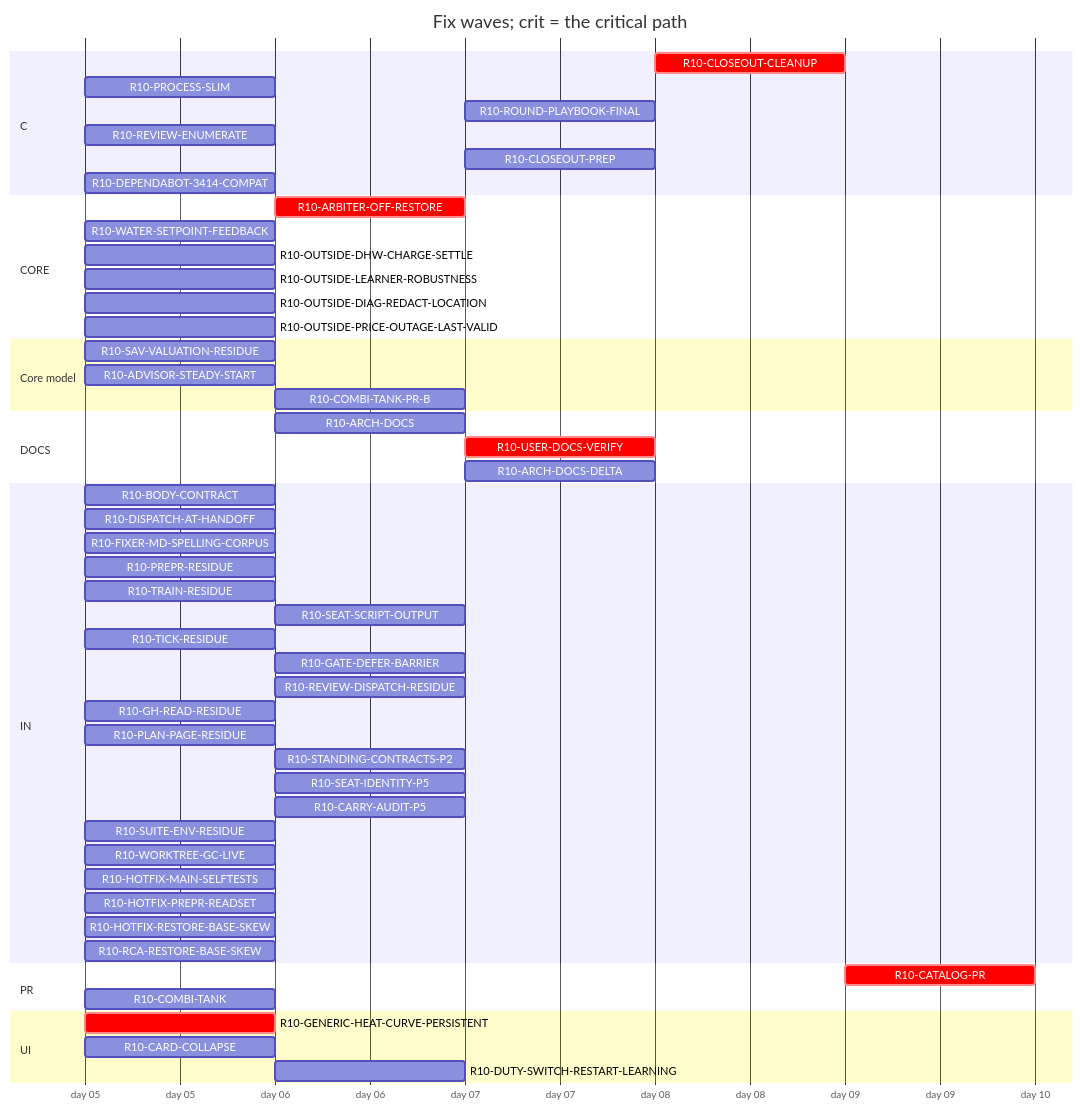
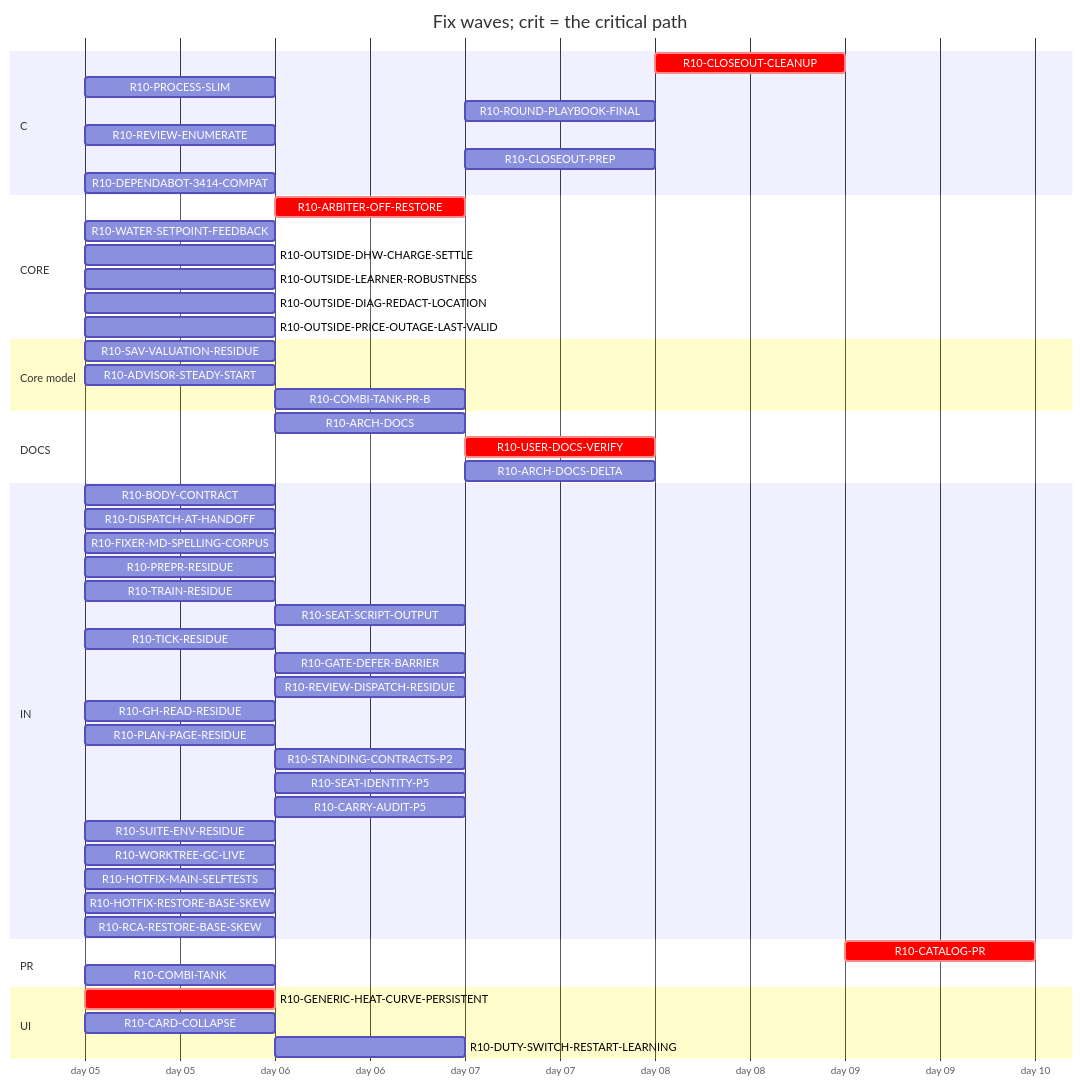
Before and after one commit to tvofi/heatpump_optimizer: the diagram in handoff/round10/state/PLAN-TABLE.md, drawn with Mermaid. The commit also changed other lines of this file and 3 other files, not shown here.

Commit message:
state: FLOW-BOARD.md, NEXT-SESSION-PROMPT.md, PLAN-TABLE.md, RESUME-CURRENT.md regenerated (state_docs.py)

````diff
--- a/handoff/round10/state/PLAN-TABLE.md
+++ b/handoff/round10/state/PLAN-TABLE.md
@@ -20,56 +20,55 @@
 ```mermaid
 gantt
   title Fix waves; crit = the critical path
   dateFormat YYYY-MM-DD
   axisFormat day %d
   section C
     R10-CLOSEOUT-CLEANUP :crit, r10CLOSEOUTCLEANUP, after r10ARCHDOCS r10USERDOCSVERIFY r10ROUNDPLAYBOOKFINAL r10CLOSEOUTPREP r10ARCHDOCSDELTA, 1d
     R10-PROCESS-SLIM :r10PROCESSSLIM, 2026-01-05, 1d
     R10-ROUND-PLAYBOOK-FINAL :r10ROUNDPLAYBOOKFINAL, after r10DISPATCHATHANDOFF r10BODYCONTRACT r10PROCESSSLIM r10FIXERMDSPELLINGCORPUS r10PREPRRESIDUE r10SEATSCRIPTOUTPUT r10REVIEWDISPATCHRESIDUE r10CARRYAUDITP5 r10TICKRESIDUE r10SEATIDENTITYP5 r10STANDINGCONTRACTSP2 r10PLANPAGERESIDUE r10TRAINRESIDUE r10GHREADRESIDUE r10SUITEENVRESIDUE r10GATEDEFERBARRIER r10WORKTREEGCLIVE, 1d
     R10-REVIEW-ENUMERATE :r10REVIEWENUMERATE, 2026-01-05, 1d
     R10-CLOSEOUT-PREP :r10CLOSEOUTPREP, after r10ARCHDOCS r10DISPATCHATHANDOFF r10BODYCONTRACT r10PROCESSSLIM r10FIXERMDSPELLINGCORPUS r10PREPRRESIDUE r10SEATSCRIPTOUTPUT r10REVIEWDISPATCHRESIDUE r10CARRYAUDITP5 r10TICKRESIDUE r10SEATIDENTITYP5 r10STANDINGCONTRACTSP2 r10PLANPAGERESIDUE r10TRAINRESIDUE r10GHREADRESIDUE r10SUITEENVRESIDUE r10GATEDEFERBARRIER r10WORKTREEGCLIVE, 1d
     R10-DEPENDABOT-3414-COMPAT :r10DEPENDABOT3414COMPAT, 2026-01-05, 1d
   section CORE
     R10-ARBITER-OFF-RESTORE :crit, r10ARBITEROFFRESTORE, after r10GENERICHEATCURVEPERSISTENT r10WATERSETPOINTFEEDBACK, 1d
     R10-WATER-SETPOINT-FEEDBACK :r10WATERSETPOINTFEEDBACK, 2026-01-05, 1d
     R10-OUTSIDE-DHW-CHARGE-SETTLE :r10OUTSIDEDHWCHARGESETTLE, 2026-01-05, 1d
     R10-OUTSIDE-LEARNER-ROBUSTNESS :r10OUTSIDELEARNERROBUSTNESS, 2026-01-05, 1d
     R10-OUTSIDE-DIAG-REDACT-LOCATION :r10OUTSIDEDIAGREDACTLOCATION, 2026-01-05, 1d
     R10-OUTSIDE-PRICE-OUTAGE-LAST-VALID :r10OUTSIDEPRICEOUTAGELASTVALID, 2026-01-05, 1d
   section Core model
     R10-SAV-VALUATION-RESIDUE :r10SAVVALUATIONRESIDUE, 2026-01-05, 1d
     R10-ADVISOR-STEADY-START :r10ADVISORSTEADYSTART, 2026-01-05, 1d
     R10-COMBI-TANK-PR-B :r10COMBITANKPRB, after r10COMBITANK, 1d
   section DOCS
     R10-ARCH-DOCS :r10ARCHDOCS, after r10DISPATCHATHANDOFF r10BODYCONTRACT r10PROCESSSLIM, 1d
     R10-USER-DOCS-VERIFY :crit, r10USERDOCSVERIFY, after r10GENERICHEATCURVEPERSISTENT r10ARBITEROFFRESTORE r10COMBITANK, 1d
     R10-ARCH-DOCS-DELTA :r10ARCHDOCSDELTA, after r10ARCHDOCS r10GENERICHEATCURVEPERSISTENT r10ARBITEROFFRESTORE r10COMBITANK r10SAVVALUATIONRESIDUE r10ADVISORSTEADYSTART r10COMBITANKPRB, 1d
   section IN
     R10-BODY-CONTRACT :r10BODYCONTRACT, 2026-01-05, 1d
     R10-DISPATCH-AT-HANDOFF :r10DISPATCHATHANDOFF, 2026-01-05, 1d
     R10-FIXER-MD-SPELLING-CORPUS :r10FIXERMDSPELLINGCORPUS, 2026-01-05, 1d
     R10-PREPR-RESIDUE :r10PREPRRESIDUE, 2026-01-05, 1d
     R10-TRAIN-RESIDUE :r10TRAINRESIDUE, 2026-01-05, 1d
     R10-SEAT-SCRIPT-OUTPUT :r10SEATSCRIPTOUTPUT, after r10TRAINRESIDUE, 1d
     R10-TICK-RESIDUE :r10TICKRESIDUE, 2026-01-05, 1d
     R10-GATE-DEFER-BARRIER :r10GATEDEFERBARRIER, after r10TRAINRESIDUE r10TICKRESIDUE, 1d
     R10-REVIEW-DISPATCH-RESIDUE :r10REVIEWDISPATCHRESIDUE, after r10DISPATCHATHANDOFF r10REVIEWENUMERATE r10PROCESSSLIM, 1d
     R10-GH-READ-RESIDUE :r10GHREADRESIDUE, 2026-01-05, 1d
     R10-PLAN-PAGE-RESIDUE :r10PLANPAGERESIDUE, 2026-01-05, 1d
     R10-STANDING-CONTRACTS-P2 :r10STANDINGCONTRACTSP2, after r10FIXERMDSPELLINGCORPUS, 1d
     R10-SEAT-IDENTITY-P5 :r10SEATIDENTITYP5, after r10TICKRESIDUE, 1d
     R10-CARRY-AUDIT-P5 :r10CARRYAUDITP5, after r10BODYCONTRACT, 1d
     R10-SUITE-ENV-RESIDUE :r10SUITEENVRESIDUE, 2026-01-05, 1d
     R10-WORKTREE-GC-LIVE :r10WORKTREEGCLIVE, 2026-01-05, 1d
     R10-HOTFIX-MAIN-SELFTESTS :r10HOTFIXMAINSELFTESTS, 2026-01-05, 1d
-    R10-HOTFIX-PREPR-READSET :r10HOTFIXPREPRREADSET, 2026-01-05, 1d
     R10-HOTFIX-RESTORE-BASE-SKEW :r10HOTFIXRESTOREBASESKEW, 2026-01-05, 1d
     R10-RCA-RESTORE-BASE-SKEW :r10RCARESTOREBASESKEW, 2026-01-05, 1d
   section PR
     R10-CATALOG-PR :crit, r10CATALOGPR, after r10USERDOCSVERIFY r10ARCHDOCS r10ROUNDPLAYBOOKFINAL r10CLOSEOUTCLEANUP r10CLOSEOUTPREP r10ARCHDOCSDELTA, 1d
     R10-COMBI-TANK :r10COMBITANK, 2026-01-05, 1d
   section UI
     R10-GENERIC-HEAT-CURVE-PERSISTENT :crit, r10GENERICHEATCURVEPERSISTENT, 2026-01-05, 1d
     R10-CARD-COLLAPSE :r10CARDCOLLAPSE, 2026-01-05, 1d
     R10-DUTY-SWITCH-RESTART-LEARNING :r10DUTYSWITCHRESTARTLEARNING, after r10WATERSETPOINTFEEDBACK, 1d
 ```
````
